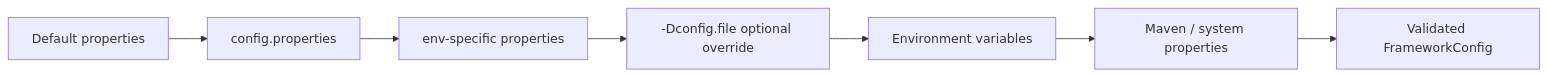
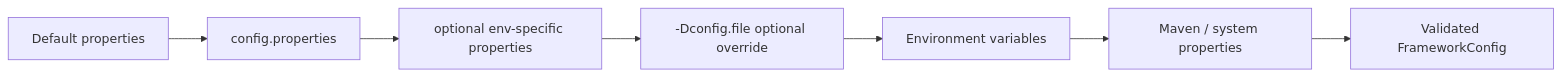
Before and after one commit to qa-test-automation-frameworks/selenium-testng-java-framework: the second of 2 diagrams in docs/ARCHITECTURE.md, drawn with Mermaid. The commit also changed other lines of this file and 42 other files, not shown here.

````diff
--- a/docs/ARCHITECTURE.md
+++ b/docs/ARCHITECTURE.md
@@ -33,9 +33,9 @@
 ```mermaid
 graph LR
 	Defaults[Default properties] --> BaseConfig[config.properties]
-	BaseConfig --> EnvProfile[env-specific properties]
+	BaseConfig --> EnvProfile[optional env-specific properties]
 	EnvProfile --> ExternalFile[-Dconfig.file optional override]
 	ExternalFile --> Environment[Environment variables]
 	Environment --> SystemProps[Maven / system properties]
 	SystemProps --> FinalConfig[Validated FrameworkConfig]
 ```
````
